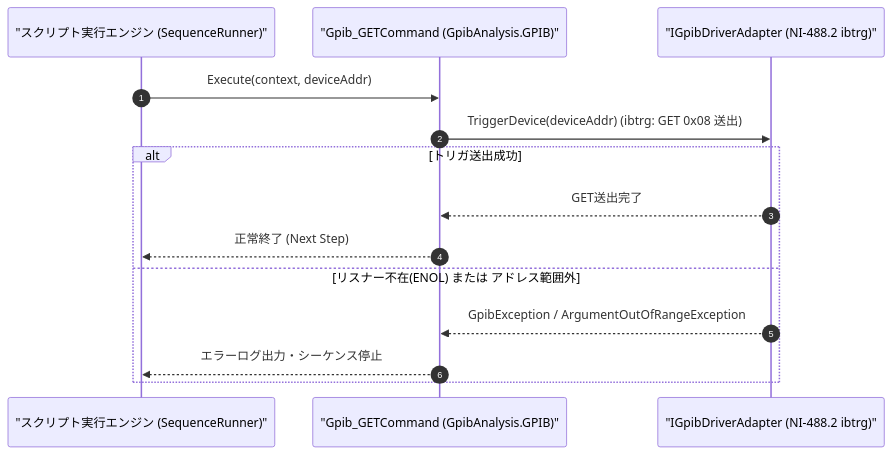
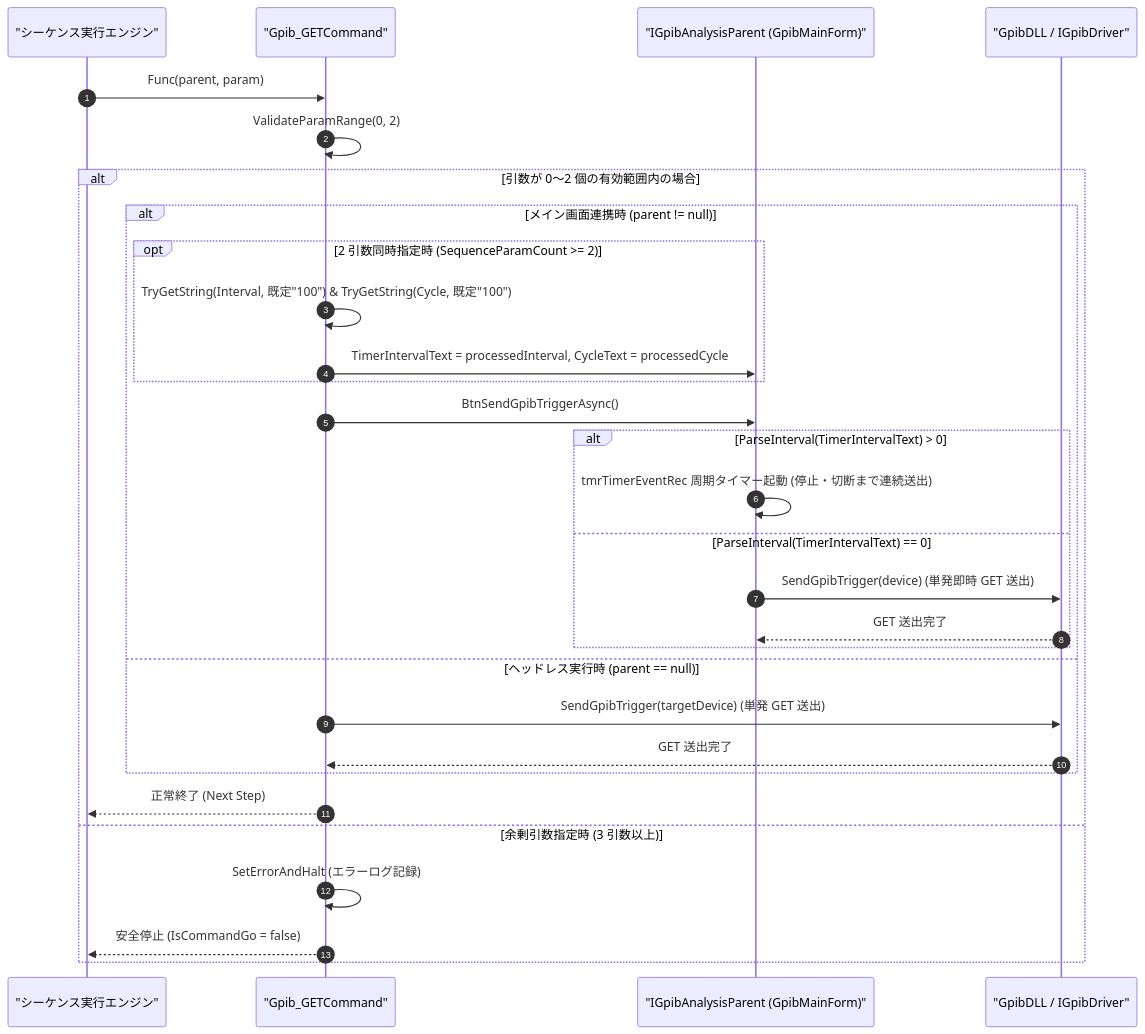
One commit to Monaca-App/GpibAddIn changed the diagram in Manual/GPIB/Gpib_GET.Md. Above: the diagram before and after it, drawn with Mermaid. The commit also changed other lines of this file and 32 other files, not shown here.

````diff
--- a/Manual/GPIB/Gpib_GET.Md
+++ b/Manual/GPIB/Gpib_GET.Md
@@ -68,17 +68,33 @@
 ```mermaid
 sequenceDiagram
     autonumber
-    participant Script as "スクリプト実行エンジン (SequenceRunner)"
-    participant Cmd as "Gpib_GETCommand (GpibAnalysis.GPIB)"
-    participant Drv as "IGpibDriverAdapter (NI-488.2 ibtrg)"
+    participant Script as "シーケンス実行エンジン"
+    participant Cmd as "Gpib_GETCommand"
+    participant Parent as "IGpibAnalysisParent (GpibMainForm)"
+    participant Dll as "GpibDLL / IGpibDriver"
 
-    Script->>Cmd: Execute(context, deviceAddr)
-    Cmd->>Drv: TriggerDevice(deviceAddr) (ibtrg: GET 0x08 送出)
-    alt トリガ送出成功
-        Drv-->>Cmd: GET送出完了
+    Script->>Cmd: Func(parent, param)
+    Cmd->>Cmd: ValidateParamRange(0, 2)
+    alt 引数が 0〜2 個の有効範囲内の場合
+        alt メイン画面連携時 (parent != null)
+            opt 2 引数同時指定時 (SequenceParamCount >= 2)
+                Cmd->>Cmd: TryGetString(Interval, 既定"100") & TryGetString(Cycle, 既定"100")
+                Cmd->>Parent: TimerIntervalText = processedInterval, CycleText = processedCycle
+            end
+            Cmd->>Parent: BtnSendGpibTriggerAsync()
+            alt ParseInterval(TimerIntervalText) > 0
+                Parent->>Parent: tmrTimerEventRec 周期タイマー起動 (停止・切断まで連続送出)
+            else ParseInterval(TimerIntervalText) == 0
+                Parent->>Dll: SendGpibTrigger(device) (単発即時 GET 送出)
+                Dll-->>Parent: GET 送出完了
+            end
+        else ヘッドレス実行時 (parent == null)
+            Cmd->>Dll: SendGpibTrigger(targetDevice) (単発 GET 送出)
+            Dll-->>Cmd: GET 送出完了
+        end
         Cmd-->>Script: 正常終了 (Next Step)
-    else リスナー不在(ENOL) または アドレス範囲外
-        Drv-->>Cmd: GpibException / ArgumentOutOfRangeException
-        Cmd-->>Script: エラーログ出力・シーケンス停止
+    else 余剰引数指定時 (3 引数以上)
+        Cmd->>Cmd: SetErrorAndHalt (エラーログ記録)
+        Cmd-->>Script: 安全停止 (IsCommandGo = false)
     end
 ```
````
